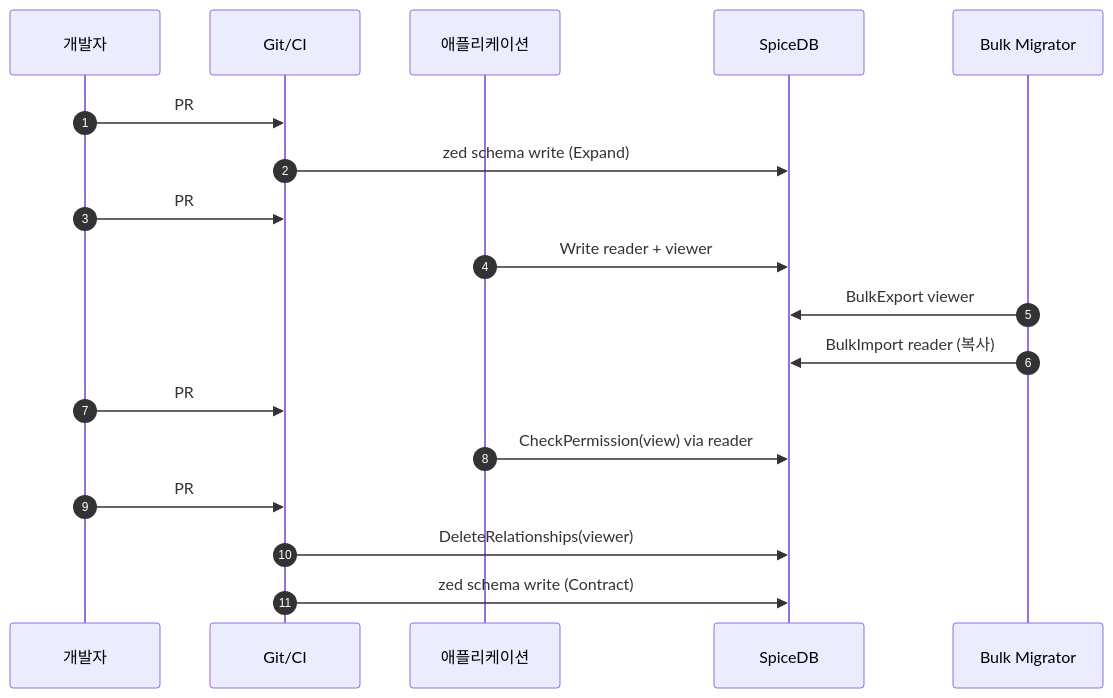
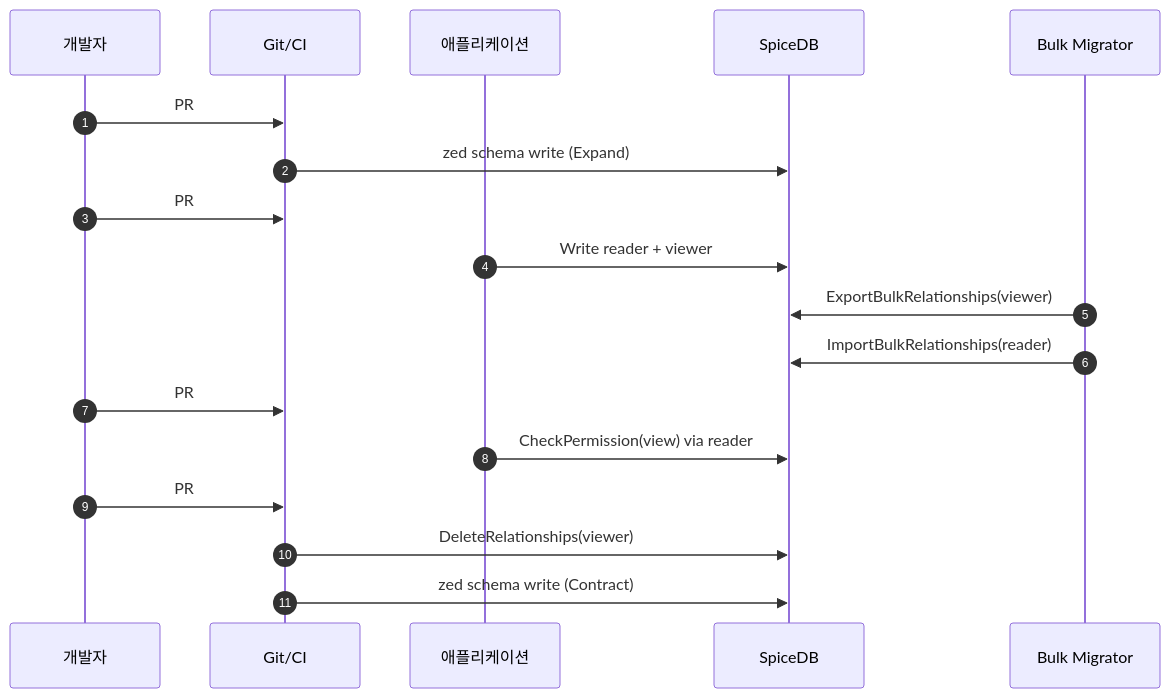
One commit to hobeen-kim/hobeen-kim.github.io changed the second of 2 diagrams in docs/_study/spicedb/10-schema-migration.md. Above: the diagram before and after it, drawn with Mermaid. The commit also changed other lines of this file and 15 other files, not shown here.

````diff
--- a/docs/_study/spicedb/10-schema-migration.md
+++ b/docs/_study/spicedb/10-schema-migration.md
@@ -123,21 +127,21 @@
 ```mermaid
 sequenceDiagram
     autonumber
     participant Dev as 개발자
     participant Git as Git/CI
     participant App as 애플리케이션
     participant S as SpiceDB
     participant W as Bulk Migrator
 
     Dev->>Git: PR#1 schema에 reader 추가
     Git->>S: zed schema write (Expand)
     Dev->>Git: PR#2 app dual write 배포
     App->>S: Write reader + viewer
-    W->>S: BulkExport viewer
-    W->>S: BulkImport reader (복사)
+    W->>S: ExportBulkRelationships(viewer)
+    W->>S: ImportBulkRelationships(reader)
     Dev->>Git: PR#3 app read reader 전환
     App->>S: CheckPermission(view) via reader
     Dev->>Git: PR#4 viewer tuple delete + schema 정리
     Git->>S: DeleteRelationships(viewer)
     Git->>S: zed schema write (Contract)
 ```
````
